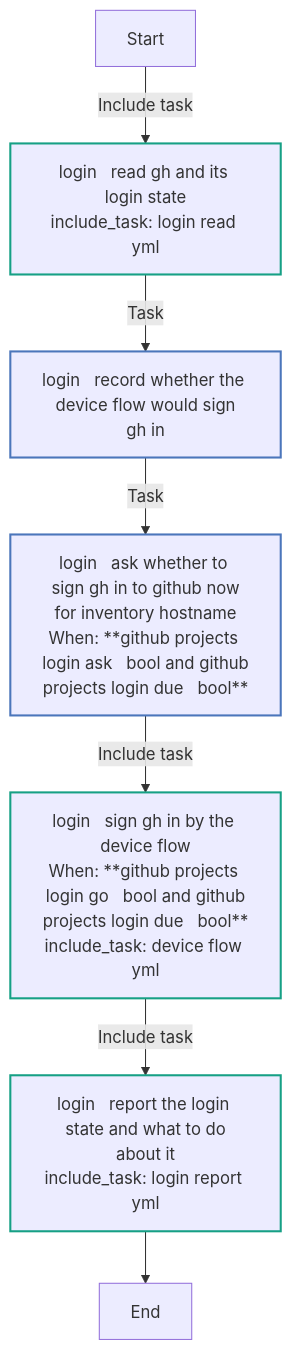
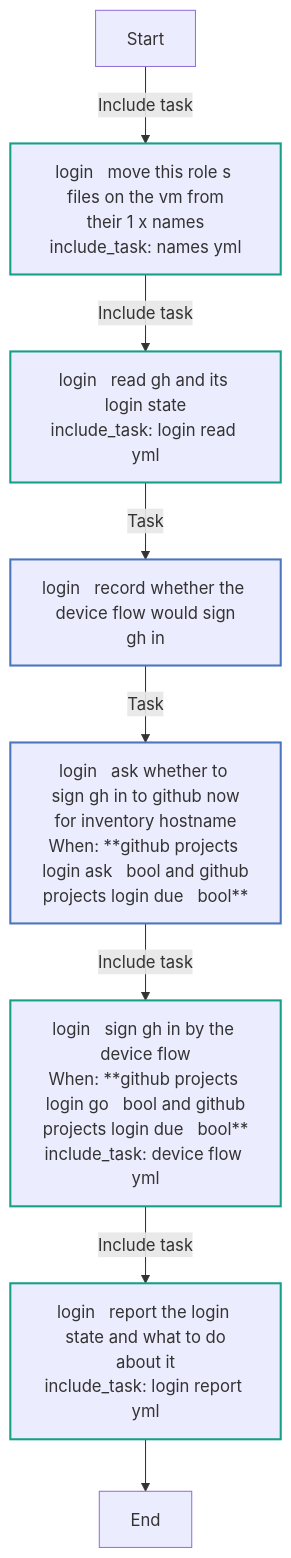
The sixth of 11 diagrams in docs/reference/roles/github_projects.md (kawadeomkar/agent-warehouse), drawn with Mermaid before and after one commit. The commit also changed other lines of this file and 31 other files, not shown here.

````diff
--- a/docs/reference/roles/github_projects.md
+++ b/docs/reference/roles/github_projects.md
@@ -375,19 +382,20 @@
 ```mermaid
 flowchart TD
 Start
 classDef block stroke:#3498db,stroke-width:2px;
 classDef task stroke:#4b76bb,stroke-width:2px;
 classDef includeTasks stroke:#16a085,stroke-width:2px;
 classDef importTasks stroke:#34495e,stroke-width:2px;
 classDef includeRole stroke:#2980b9,stroke-width:2px;
 classDef importRole stroke:#699ba7,stroke-width:2px;
 classDef includeVars stroke:#8e44ad,stroke-width:2px;
 classDef rescue stroke:#665352,stroke-width:2px;
 
-  Start-->|Include task| login___Read_gh_and_its_login_state_login_read_yml_0[login   read gh and its login state<br>include_task: login read yml]:::includeTasks
-  login___Read_gh_and_its_login_state_login_read_yml_0-->|Task| login___Record_whether_the_device_flow_would_sign_gh_in1[login   record whether the device flow would sign<br>gh in]:::task
-  login___Record_whether_the_device_flow_would_sign_gh_in1-->|Task| login___Ask_whether_to_sign_gh_in_to_GitHub_now_for_inventory_hostname2[login   ask whether to sign gh in to github now<br>for inventory hostname<br>When: **github projects login ask   bool and github<br>projects login due   bool**]:::task
-  login___Ask_whether_to_sign_gh_in_to_GitHub_now_for_inventory_hostname2-->|Include task| login___Sign_gh_in_by_the_device_flow_device_flow_yml_3[login   sign gh in by the device flow<br>When: **github projects login go   bool and github<br>projects login due   bool**<br>include_task: device flow yml]:::includeTasks
-  login___Sign_gh_in_by_the_device_flow_device_flow_yml_3-->|Include task| login___Report_the_login_state_and_what_to_do_about_it_login_report_yml_4[login   report the login state and what to do<br>about it<br>include_task: login report yml]:::includeTasks
-  login___Report_the_login_state_and_what_to_do_about_it_login_report_yml_4-->End
+  Start-->|Include task| login___Move_this_role_s_files_on_the_VM_from_their_1_x_names_names_yml_0[login   move this role s files on the vm from<br>their 1 x names<br>include_task: names yml]:::includeTasks
+  login___Move_this_role_s_files_on_the_VM_from_their_1_x_names_names_yml_0-->|Include task| login___Read_gh_and_its_login_state_login_read_yml_1[login   read gh and its login state<br>include_task: login read yml]:::includeTasks
+  login___Read_gh_and_its_login_state_login_read_yml_1-->|Task| login___Record_whether_the_device_flow_would_sign_gh_in2[login   record whether the device flow would sign<br>gh in]:::task
+  login___Record_whether_the_device_flow_would_sign_gh_in2-->|Task| login___Ask_whether_to_sign_gh_in_to_GitHub_now_for_inventory_hostname3[login   ask whether to sign gh in to github now<br>for inventory hostname<br>When: **github projects login ask   bool and github<br>projects login due   bool**]:::task
+  login___Ask_whether_to_sign_gh_in_to_GitHub_now_for_inventory_hostname3-->|Include task| login___Sign_gh_in_by_the_device_flow_device_flow_yml_4[login   sign gh in by the device flow<br>When: **github projects login go   bool and github<br>projects login due   bool**<br>include_task: device flow yml]:::includeTasks
+  login___Sign_gh_in_by_the_device_flow_device_flow_yml_4-->|Include task| login___Report_the_login_state_and_what_to_do_about_it_login_report_yml_5[login   report the login state and what to do<br>about it<br>include_task: login report yml]:::includeTasks
+  login___Report_the_login_state_and_what_to_do_about_it_login_report_yml_5-->End
 ```
````
